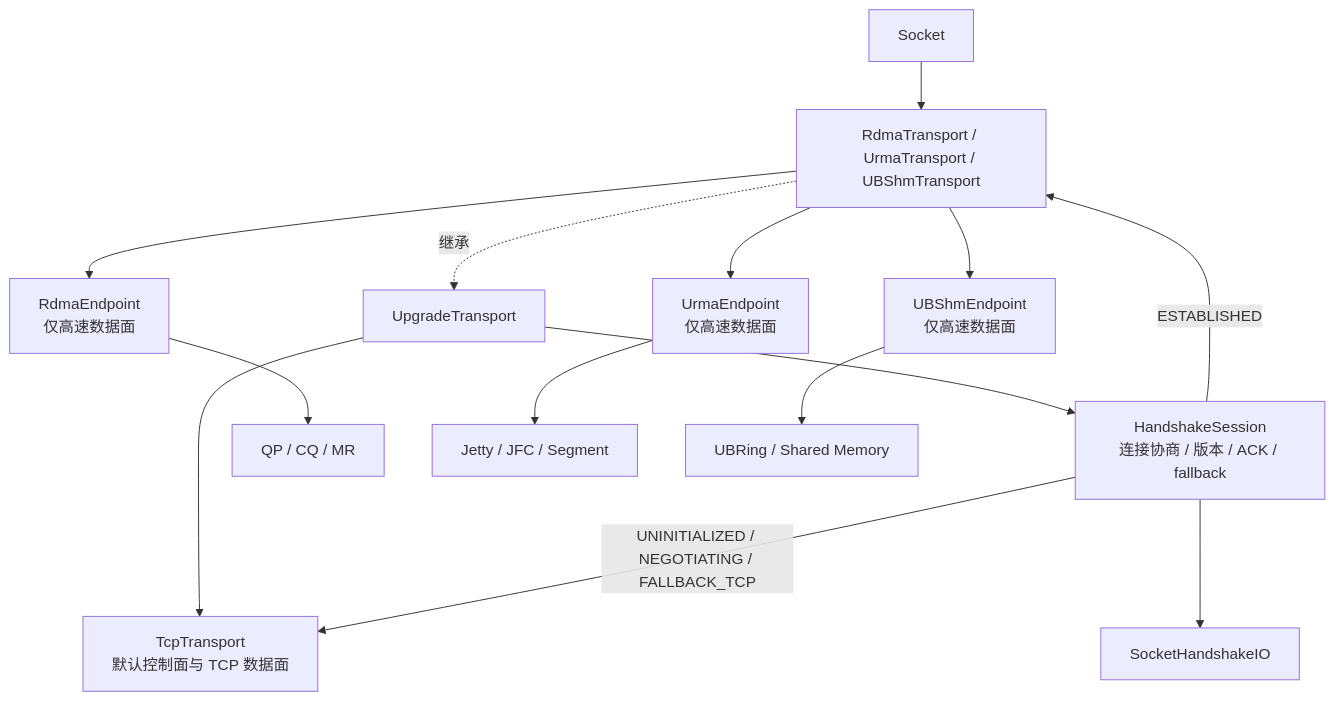
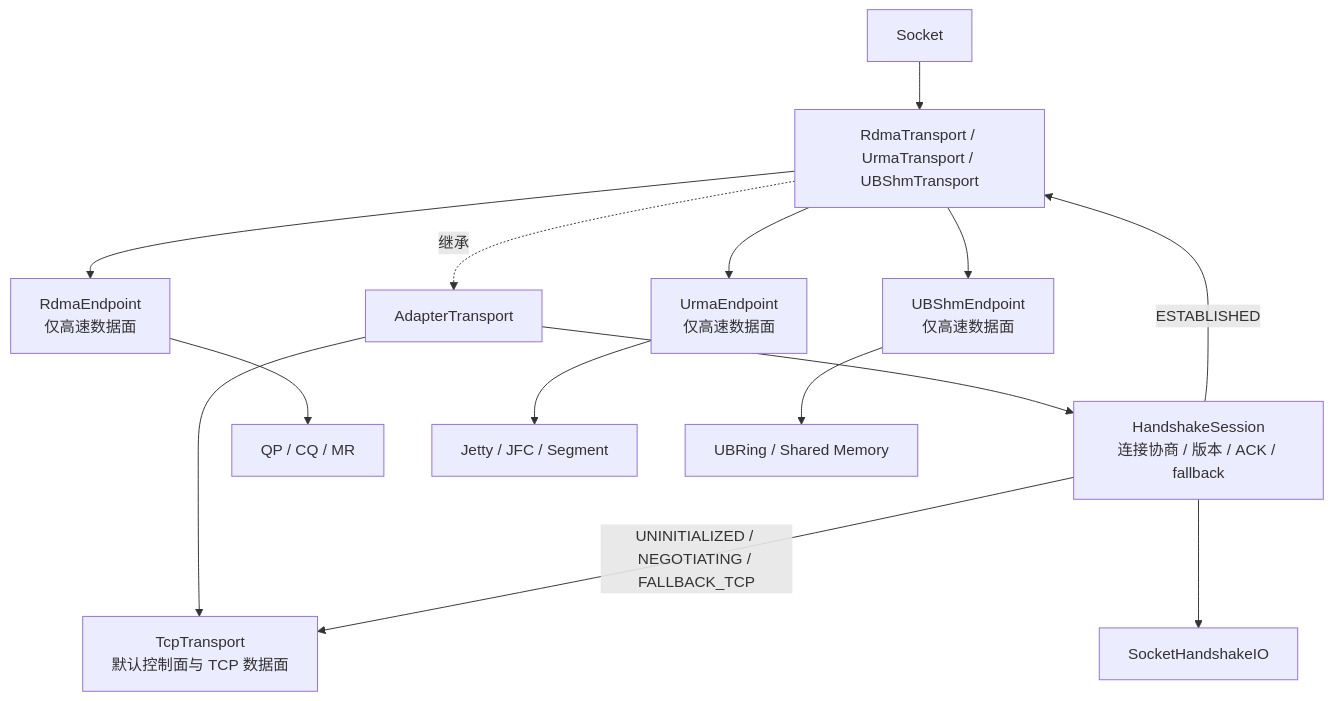
Before and after one commit to LinQuickDev/brpc: the second of 5 diagrams in docs/cn/handshake_common_design.md, drawn with Mermaid. The commit also changed other lines of this file and 23 other files, not shown here.

````diff
--- a/docs/cn/handshake_common_design.md
+++ b/docs/cn/handshake_common_design.md
@@ -149,16 +152,16 @@
 ```mermaid
 flowchart TB
     Socket["Socket"] --> T["RdmaTransport / UrmaTransport / UBShmTransport"]
-    T -. "继承" .-> UT["UpgradeTransport"]
+    T -. "继承" .-> UT["AdapterTransport"]
     UT --> TCP["TcpTransport\n默认控制面与 TCP 数据面"]
     UT --> HS["HandshakeSession\n连接协商 / 版本 / ACK / fallback"]
     HS --> IO["SocketHandshakeIO"]
     T --> R["RdmaEndpoint\n仅高速数据面"]
     T --> U["UrmaEndpoint\n仅高速数据面"]
     T --> B["UBShmEndpoint\n仅高速数据面"]
     R --> RD["QP / CQ / MR"]
     U --> UD["Jetty / JFC / Segment"]
     B --> BD["UBRing / Shared Memory"]
     HS -->|"UNINITIALIZED / NEGOTIATING / FALLBACK_TCP"| TCP
     HS -->|"ESTABLISHED"| T
 ```
````
